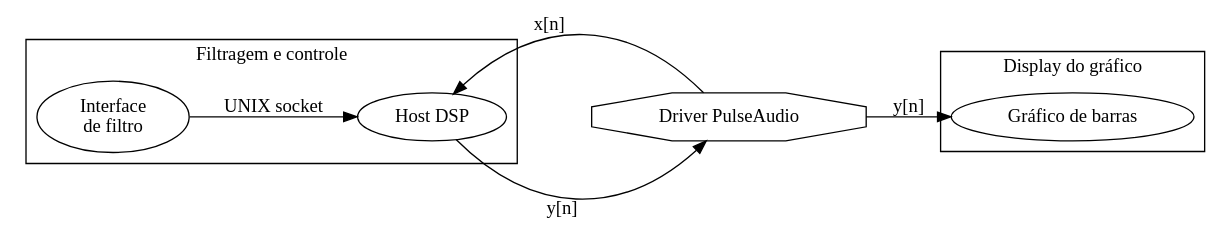
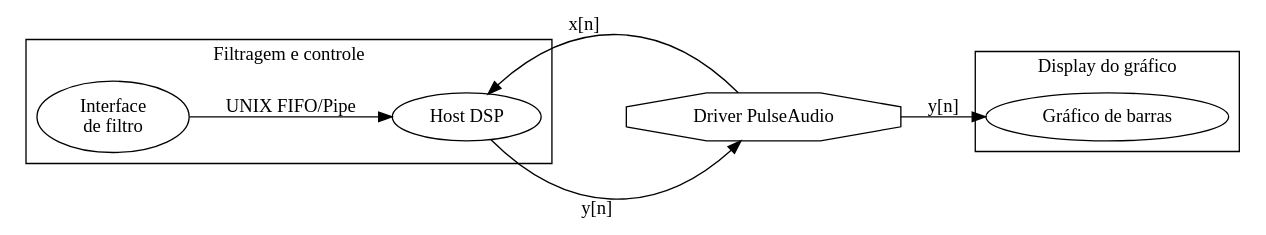
One commit to m3101/PSM_2022_3_1 changed the diagram in tex/fig/app.dot. Above: the diagram before and after it, drawn with Graphviz. The commit also changed 9 other files, not shown here.

```diff
--- a/tex/fig/app.dot
+++ b/tex/fig/app.dot
@@ -1,22 +1,22 @@
 digraph{
     rankdir=LR
     subgraph cluster_b{
         label="Display do gráfico"
         g[label="Gráfico de barras"]
     }
 
     param[label="Interface\nde filtro"]
 
     dsp[label="Host DSP"]
     pulse[shape=octagon label="Driver PulseAudio"]
 
     subgraph cluster_a{
         label="Filtragem e controle"
         dsp;param
     }
 
     pulse:nw->dsp:ne[label="x[n]"]
     dsp:se->pulse:sw[xlabel="y[n]"]
     pulse->g[label="y[n]"]
-    param->dsp[label="UNIX socket"]
+    param->dsp[label="UNIX FIFO/Pipe"]
 }
```
